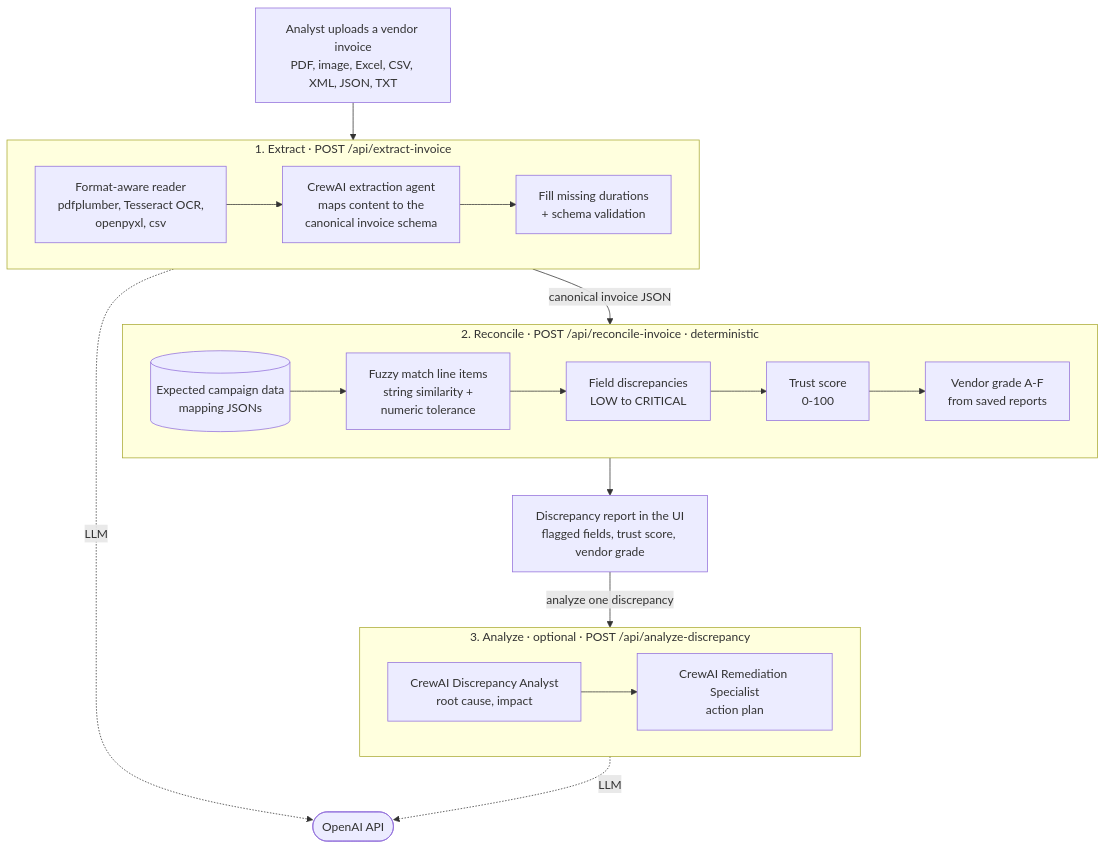
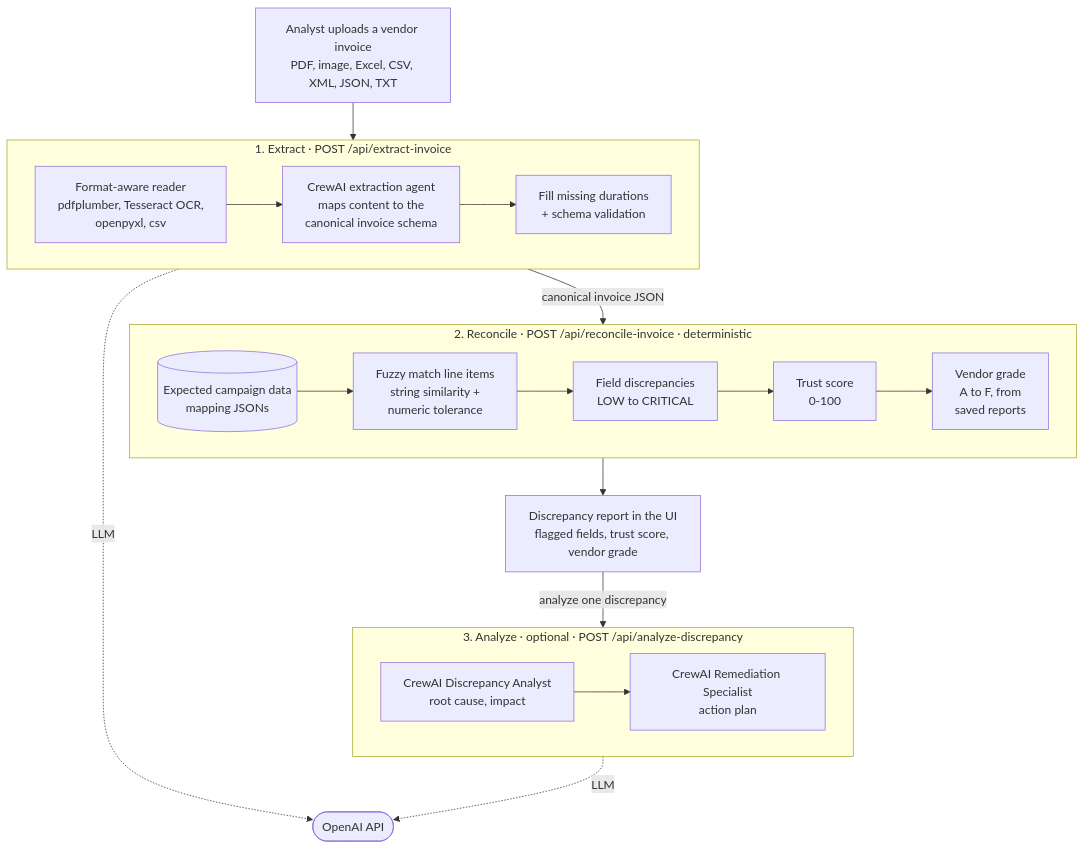
One commit to akhiljoe/media-reconciliation-agent changed the first of 2 diagrams in README.md. Above: the diagram before and after it, drawn with Mermaid.

Commit message:
docs: tidy vendor grade label in pipeline diagram

````diff
--- a/README.md
+++ b/README.md
@@ -54,40 +54,40 @@
 ```mermaid
 flowchart TB
     Upload["Analyst uploads a vendor invoice<br/>PDF, image, Excel, CSV, XML, JSON, TXT"]
 
     subgraph Extract["1. Extract · POST /api/extract-invoice"]
         direction LR
         Parse["Format-aware reader<br/>pdfplumber, Tesseract OCR,<br/>openpyxl, csv"]
         ExtractAgent["CrewAI extraction agent<br/>maps content to the<br/>canonical invoice schema"]
         Validate["Fill missing durations<br/>+ schema validation"]
         Parse --> ExtractAgent --> Validate
     end
 
     subgraph Reconcile["2. Reconcile · POST /api/reconcile-invoice · deterministic"]
         direction LR
         Expected[("Expected campaign data<br/>mapping JSONs")]
         Match["Fuzzy match line items<br/>string similarity +<br/>numeric tolerance"]
         Severity["Field discrepancies<br/>LOW to CRITICAL"]
         Trust["Trust score<br/>0-100"]
-        Grade["Vendor grade A-F<br/>from saved reports"]
+        Grade["Vendor grade<br/>A to F, from<br/>saved reports"]
         Expected --> Match --> Severity --> Trust --> Grade
     end
 
     Results["Discrepancy report in the UI<br/>flagged fields, trust score, vendor grade"]
 
     subgraph Analyze["3. Analyze · optional · POST /api/analyze-discrepancy"]
         direction LR
         Analyst["CrewAI Discrepancy Analyst<br/>root cause, impact"]
         Remediate["CrewAI Remediation Specialist<br/>action plan"]
         Analyst --> Remediate
     end
 
     OpenAI(["OpenAI API"])
 
     Upload --> Extract
     Extract -->|canonical invoice JSON| Reconcile
     Reconcile --> Results
     Results -->|analyze one discrepancy| Analyze
     Extract -.->|LLM| OpenAI
     Analyze -.->|LLM| OpenAI
 ```
````
